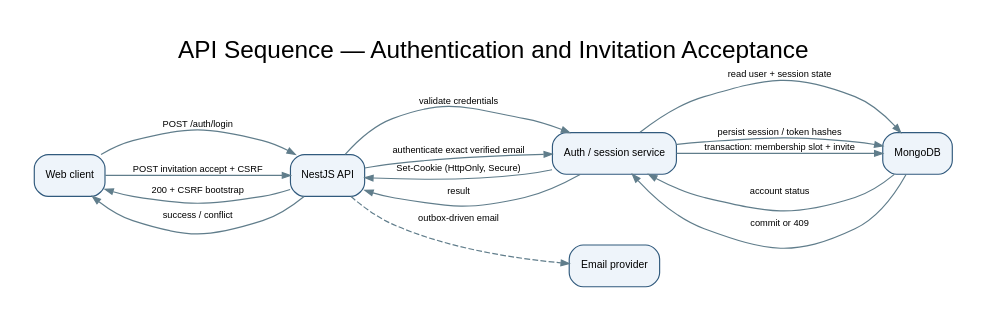
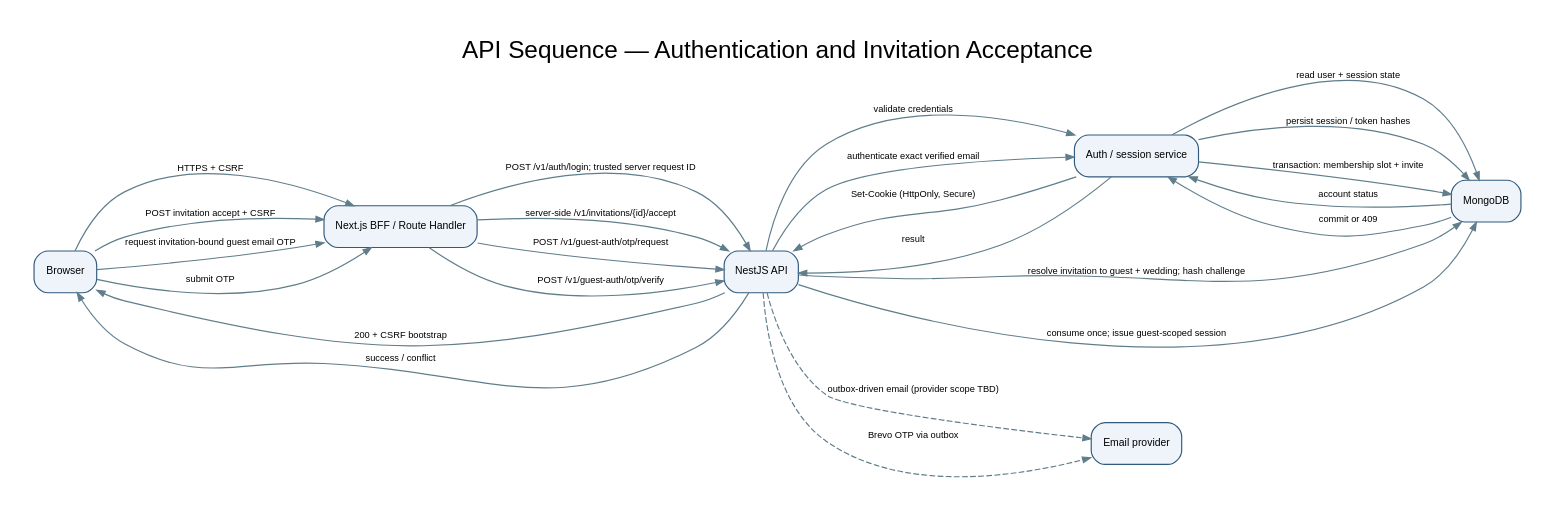
One commit to codeX4r/make-my-marrige changed the diagram in docs/04-api-design/diagrams/api-sequences-auth-invitation.dot. Above: the diagram before and after it, drawn with Graphviz. The commit also changed 24 other files, not shown here.

```diff
--- a/docs/04-api-design/diagrams/api-sequences-auth-invitation.dot
+++ b/docs/04-api-design/diagrams/api-sequences-auth-invitation.dot
@@ -1,24 +1,34 @@
 digraph G {
  graph [rankdir=LR, bgcolor="white", pad="0.3", nodesep="0.35", ranksep="0.65", labelloc=t, label="API Sequence — Authentication and Invitation Acceptance", fontsize=21, fontname="Arial"];
  node [shape=box, style="rounded,filled", fontname="Arial", fontsize=9, margin="0.13,0.09", color="#315A7D", fillcolor="#EEF4FA"];
  edge [fontname="Arial", fontsize=8, color="#607D8B", arrowsize=0.7];
- client [label="Web client"];
+ client [label="Browser"];
+ bff [label="Next.js BFF / Route Handler"];
  api [label="NestJS API"];
  auth [label="Auth / session service"];
  db [label="MongoDB"];
  mail [label="Email provider"];
- client -> api [label="POST /auth/login"];
+ client -> bff [label="HTTPS + CSRF"];
+ bff -> api [label="POST /v1/auth/login; trusted server request ID"];
  api -> auth [label="validate credentials"];
  auth -> db [label="read user + session state"];
  db -> auth [label="account status"];
  auth -> db [label="persist session / token hashes"];
  auth -> api [label="Set-Cookie (HttpOnly, Secure)"];
  api -> client [label="200 + CSRF bootstrap"];
- client -> api [label="POST invitation accept + CSRF"];
+ client -> bff [label="POST invitation accept + CSRF"];
+ bff -> api [label="server-side /v1/invitations/{id}/accept"];
  api -> auth [label="authenticate exact verified email"];
  auth -> db [label="transaction: membership slot + invite"];
  db -> auth [label="commit or 409"];
  auth -> api [label="result"];
  api -> client [label="success / conflict"];
- api -> mail [style=dashed, label="outbox-driven email"];
+ api -> mail [style=dashed, label="outbox-driven email (provider scope TBD)"];
+ client -> bff [label="request invitation-bound guest email OTP"];
+ bff -> api [label="POST /v1/guest-auth/otp/request"];
+ api -> db [label="resolve invitation to guest + wedding; hash challenge"];
+ api -> mail [style=dashed, label="Brevo OTP via outbox"];
+ client -> bff [label="submit OTP"];
+ bff -> api [label="POST /v1/guest-auth/otp/verify"];
+ api -> db [label="consume once; issue guest-scoped session"];
 }
```
